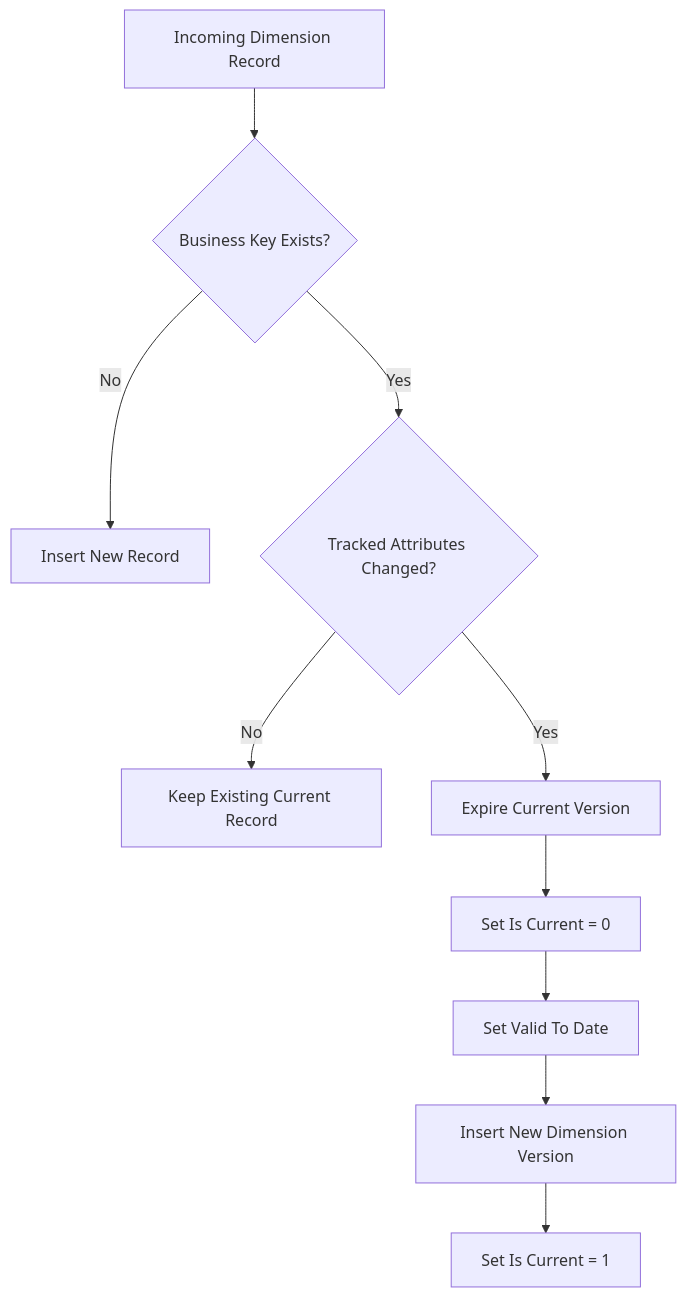
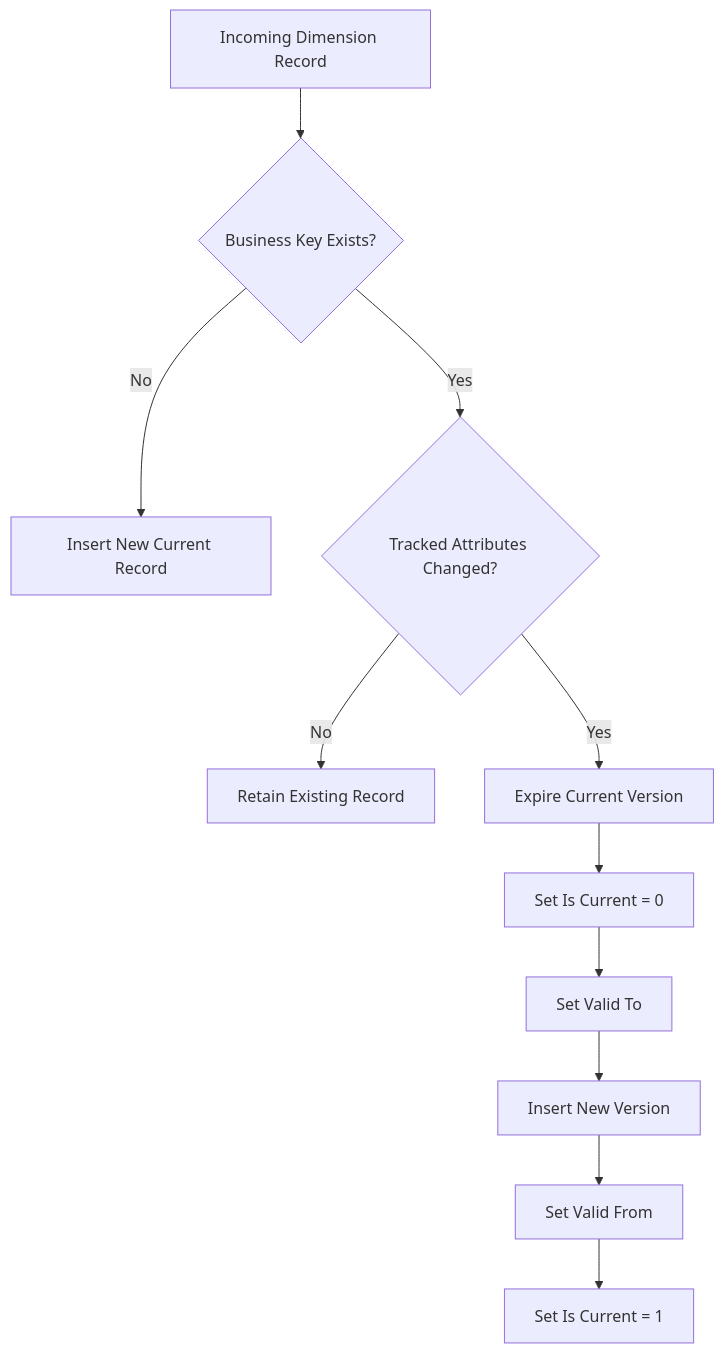
The fourth of 10 diagrams in README.md (kamilkenny/greater-manchester-skills-opportunity-intelligence), drawn with Mermaid before and after one commit. The commit also changed other lines of this file, not shown here.

````diff
--- a/README.md
+++ b/README.md
@@ -418,18 +560,25 @@
 ```mermaid
 flowchart TD
 
-    A[Incoming Dimension Record] --> B{Business Key Exists?}
+    A[Incoming Dimension Record]
 
-    B -- No --> C[Insert New Record]
+    A --> B{Business Key Exists?}
+
+    B -- No --> C[Insert New Current Record]
 
     B -- Yes --> D{Tracked Attributes Changed?}
 
-    D -- No --> E[Keep Existing Current Record]
+    D -- No --> E[Retain Existing Record]
 
     D -- Yes --> F[Expire Current Version]
 
     F --> G[Set Is Current = 0]
-    G --> H[Set Valid To Date]
-    H --> I[Insert New Dimension Version]
-    I --> J[Set Is Current = 1]
+
+    G --> H[Set Valid To]
+
+    H --> I[Insert New Version]
+
+    I --> J[Set Valid From]
+
+    J --> K[Set Is Current = 1]
 ```
````
